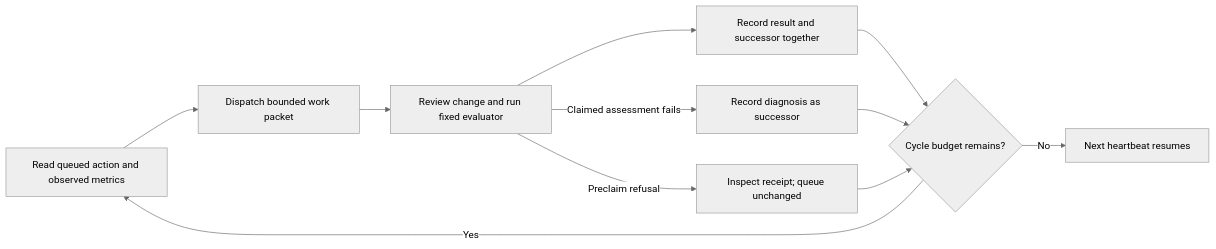
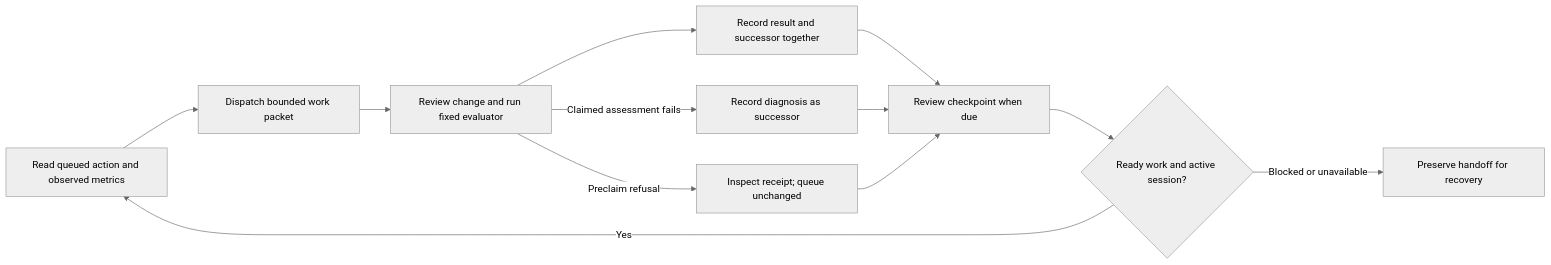
One commit to supernalintelligence/epiphysics changed the diagram in docs/planning/stepwise-improvement-loop.md. Above: the diagram before and after it, drawn with Mermaid (neutral theme). The commit also changed other lines of this file and 17 other files, not shown here.

````diff
--- a/docs/planning/stepwise-improvement-loop.md
+++ b/docs/planning/stepwise-improvement-loop.md
@@ -35,13 +35,14 @@
 ```mermaid
 flowchart LR
   Q[Read queued action and observed metrics] --> W[Dispatch bounded work packet]
   W --> R[Review change and run fixed evaluator]
   R --> C[Record result and successor together]
-  C --> B{Cycle budget remains?}
-  B -->|Yes| Q
-  B -->|No| H[Next heartbeat resumes]
+  C --> B[Review checkpoint when due]
+  B --> S{Ready work and active session?}
+  S -->|Yes| Q
+  S -->|Blocked or unavailable| H[Preserve handoff for recovery]
   R -->|Claimed assessment fails| D[Record diagnosis as successor]
   D --> B
   R -->|Preclaim refusal| P[Inspect receipt; queue unchanged]
   P --> B
 ```
````
